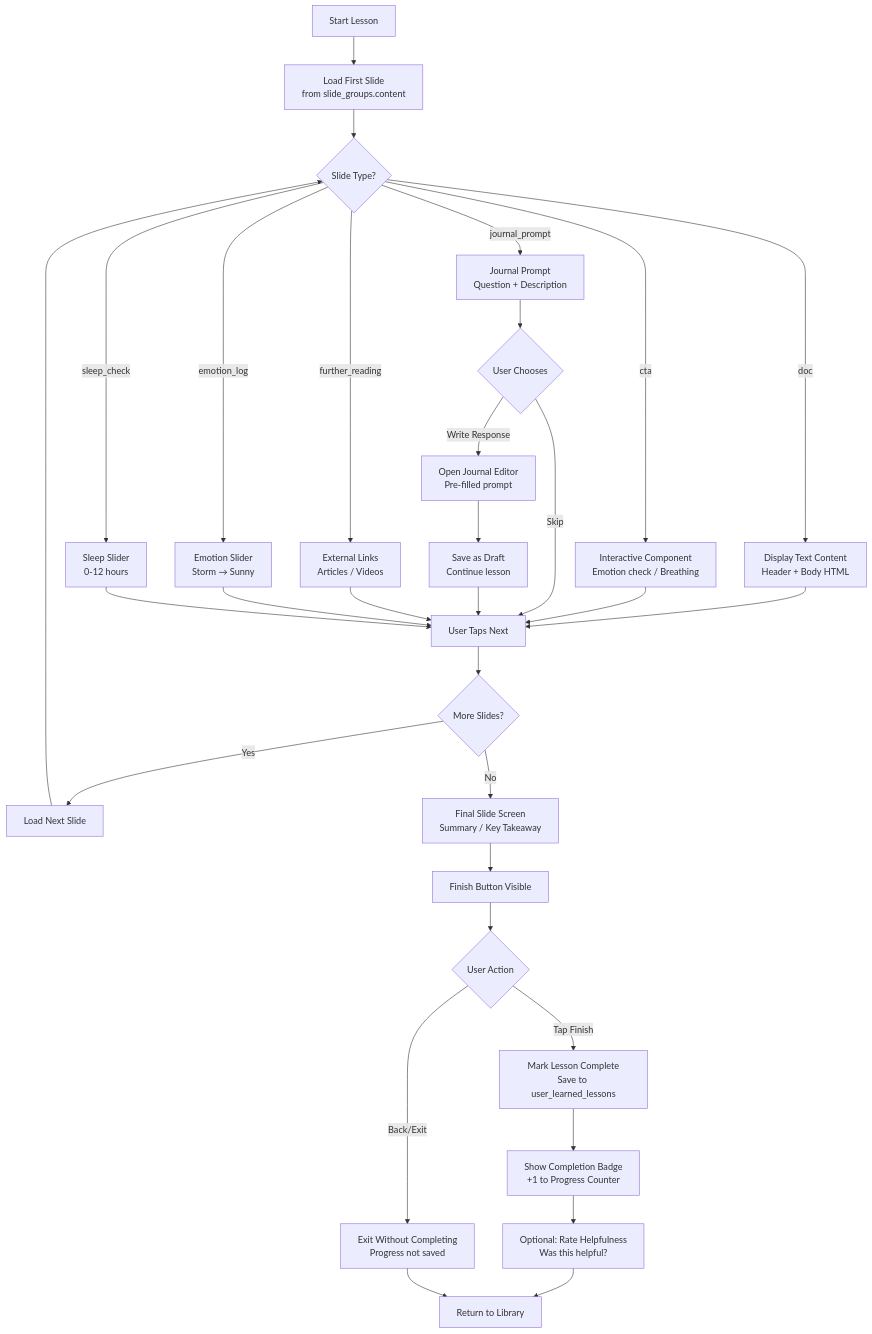
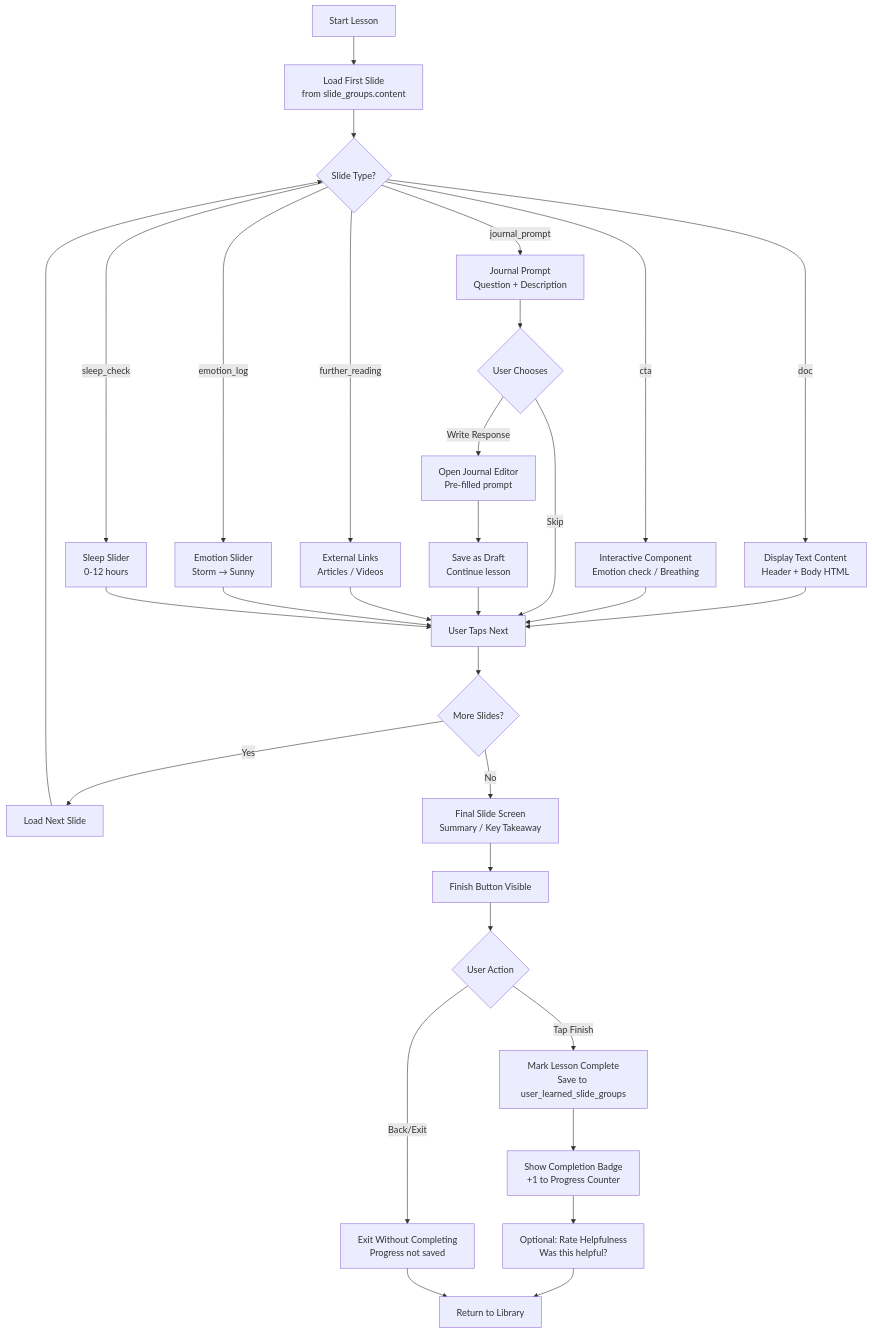
The second of 9 diagrams in feature-design/03. Micro learning/01-LEARNING-FLOWS.md (Nhatdien/tranquara_frontend), drawn with Mermaid before and after one commit. The commit also changed other lines of this file and 6 other files, not shown here.

Commit message:
feat: Enhance journal feature with learning progress tracking and schema updates

````diff
--- a/feature-design/03. Micro learning/01-LEARNING-FLOWS.md
+++ b/feature-design/03. Micro learning/01-LEARNING-FLOWS.md
@@ -42,38 +50,38 @@
 ```mermaid
 flowchart TD
     A[Start Lesson] --> B[Load First Slide<br/>from slide_groups.content]
     B --> C{Slide Type?}
     
     C -->|doc| D[Display Text Content<br/>Header + Body HTML]
     C -->|cta| E[Interactive Component<br/>Emotion check / Breathing]
     C -->|journal_prompt| F[Journal Prompt<br/>Question + Description]
     C -->|further_reading| G[External Links<br/>Articles / Videos]
     C -->|emotion_log| H[Emotion Slider<br/>Storm → Sunny]
     C -->|sleep_check| I[Sleep Slider<br/>0-12 hours]
     
     D --> J[User Taps Next]
     E --> J
     F --> K{User Chooses}
     K -->|Write Response| L[Open Journal Editor<br/>Pre-filled prompt]
     K -->|Skip| J
     L --> M[Save as Draft<br/>Continue lesson]
     M --> J
     G --> J
     H --> J
     I --> J
     
     J --> N{More Slides?}
     N -->|Yes| O[Load Next Slide]
     O --> C
     N -->|No| P[Final Slide Screen<br/>Summary / Key Takeaway]
     
     P --> Q[Finish Button Visible]
     Q --> R{User Action}
-    R -->|Tap Finish| S[Mark Lesson Complete<br/>Save to user_learned_lessons]
+    R -->|Tap Finish| S[Mark Lesson Complete<br/>Save to user_learned_slide_groups]
     R -->|Back/Exit| T[Exit Without Completing<br/>Progress not saved]
     
     S --> U[Show Completion Badge<br/>+1 to Progress Counter]
     U --> V[Optional: Rate Helpfulness<br/>Was this helpful?]
     V --> W[Return to Library]
     T --> W
 ```
````
